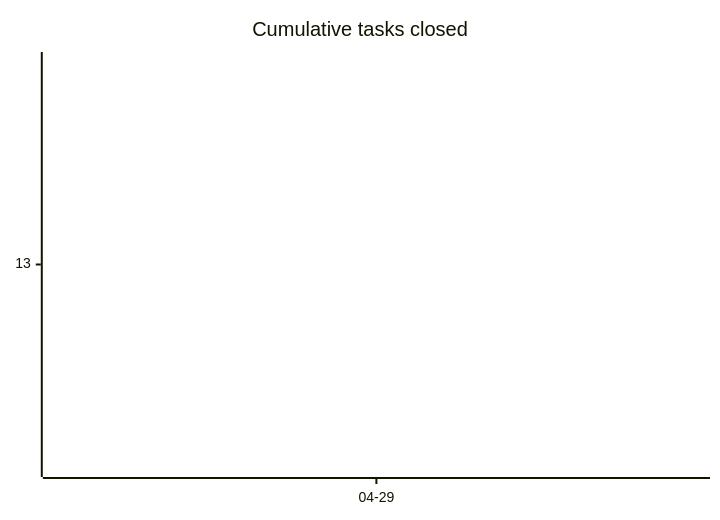
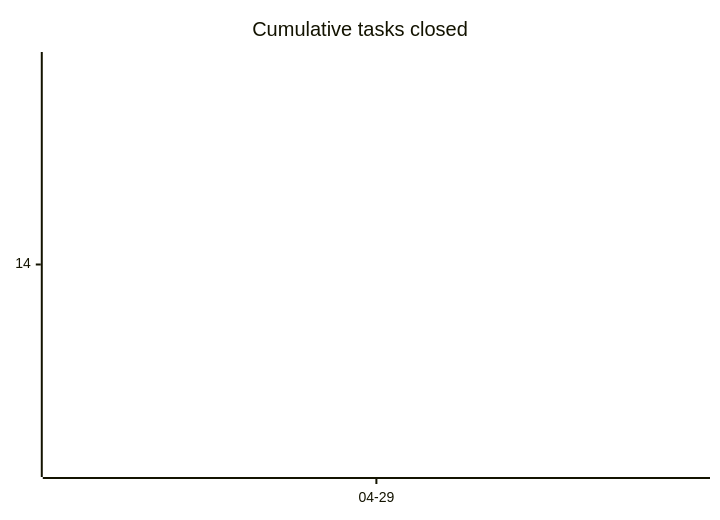
The first of 3 diagrams in docs/developers/tasks/OVERVIEW.md (tgd1975/AwesomeStudioPedal), drawn with Mermaid before and after one commit. The commit also changed other lines of this file and 4 other files, not shown here.

````diff
--- a/docs/developers/tasks/OVERVIEW.md
+++ b/docs/developers/tasks/OVERVIEW.md
@@ -20,6 +20,6 @@
 ```mermaid
 xychart-beta
     title "Cumulative tasks closed"
     x-axis ["04-29"]
-    line [13]
+    line [14]
 ```
````
